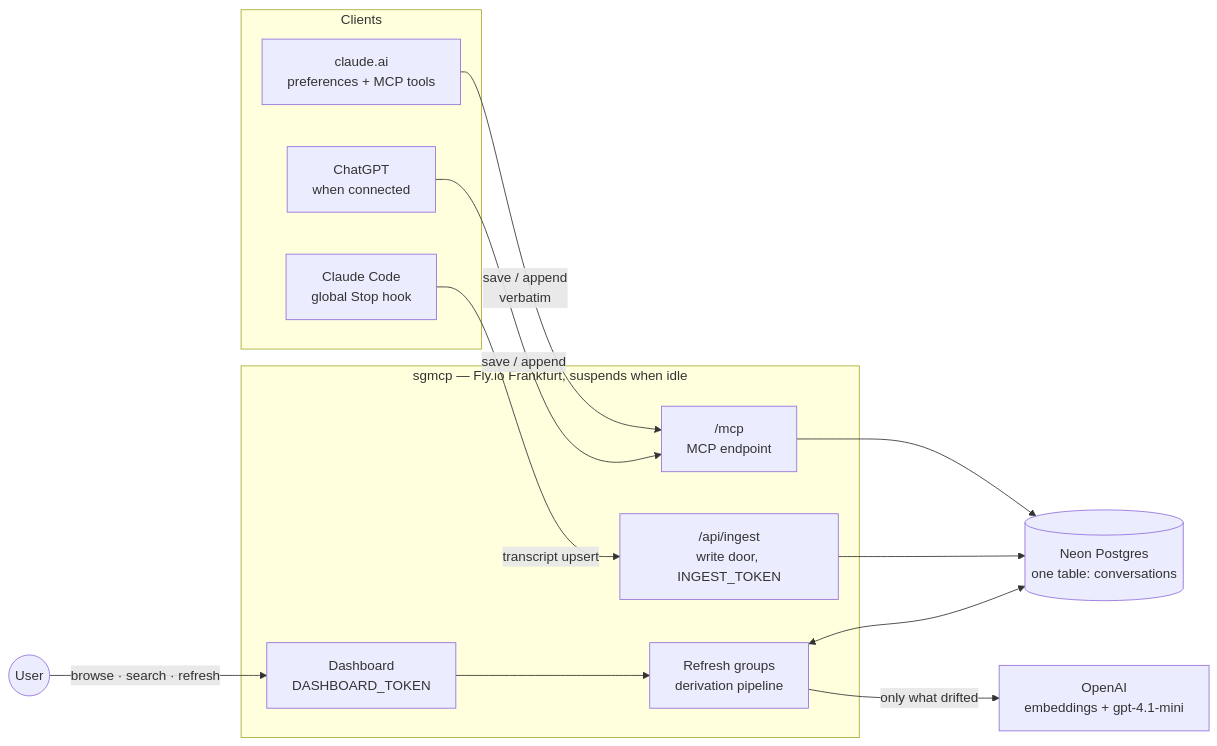
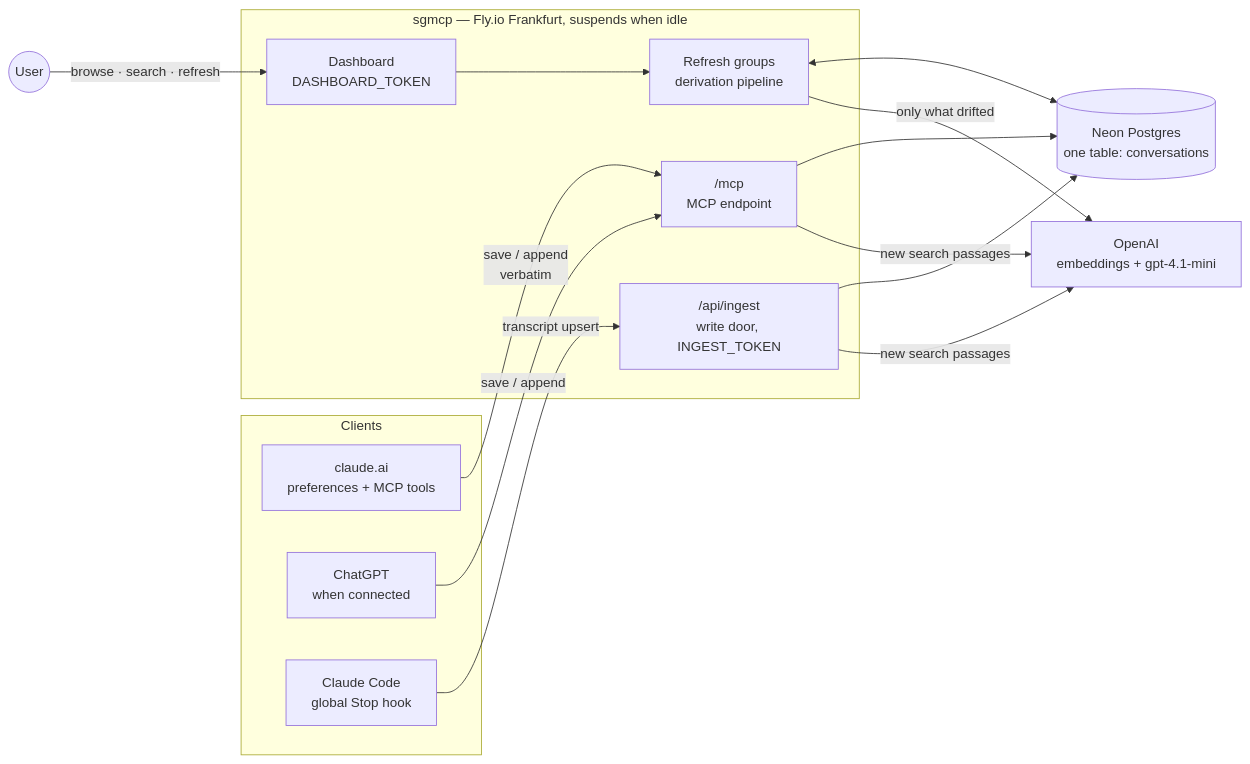
The first of 4 diagrams in ARCHITECTURE.md (seung-gu/sgmcp), drawn with Mermaid before and after one commit. The commit also changed other lines of this file and 5 other files, not shown here.

First line of the commit message:
Index search passages right after each save, embedding only what changed

````diff
--- a/ARCHITECTURE.md
+++ b/ARCHITECTURE.md
@@ -9,29 +9,31 @@
 ```mermaid
 graph LR
     subgraph clients [Clients]
         A["claude.ai<br/>preferences + MCP tools"]
         C["ChatGPT<br/>when connected"]
         B["Claude Code<br/>global Stop hook"]
     end
 
     subgraph sgmcp["sgmcp — Fly.io Frankfurt, suspends when idle"]
         M["/mcp<br/>MCP endpoint"]
         I["/api/ingest<br/>write door, INGEST_TOKEN"]
         D["Dashboard<br/>DASHBOARD_TOKEN"]
         R["Refresh groups<br/>derivation pipeline"]
     end
 
     DB[("Neon Postgres<br/>one table: conversations")]
     O["OpenAI<br/>embeddings + gpt-4.1-mini"]
     U((User))
 
     A -- "save / append<br/>verbatim" --> M
     C -- "save / append" --> M
     B -- "transcript upsert" --> I
     M --> DB
     I --> DB
     U -- "browse · search · refresh" --> D
     D --> R
     R <--> DB
     R -- "only what drifted" --> O
+    M -- "new search passages" --> O
+    I -- "new search passages" --> O
 ```
````
